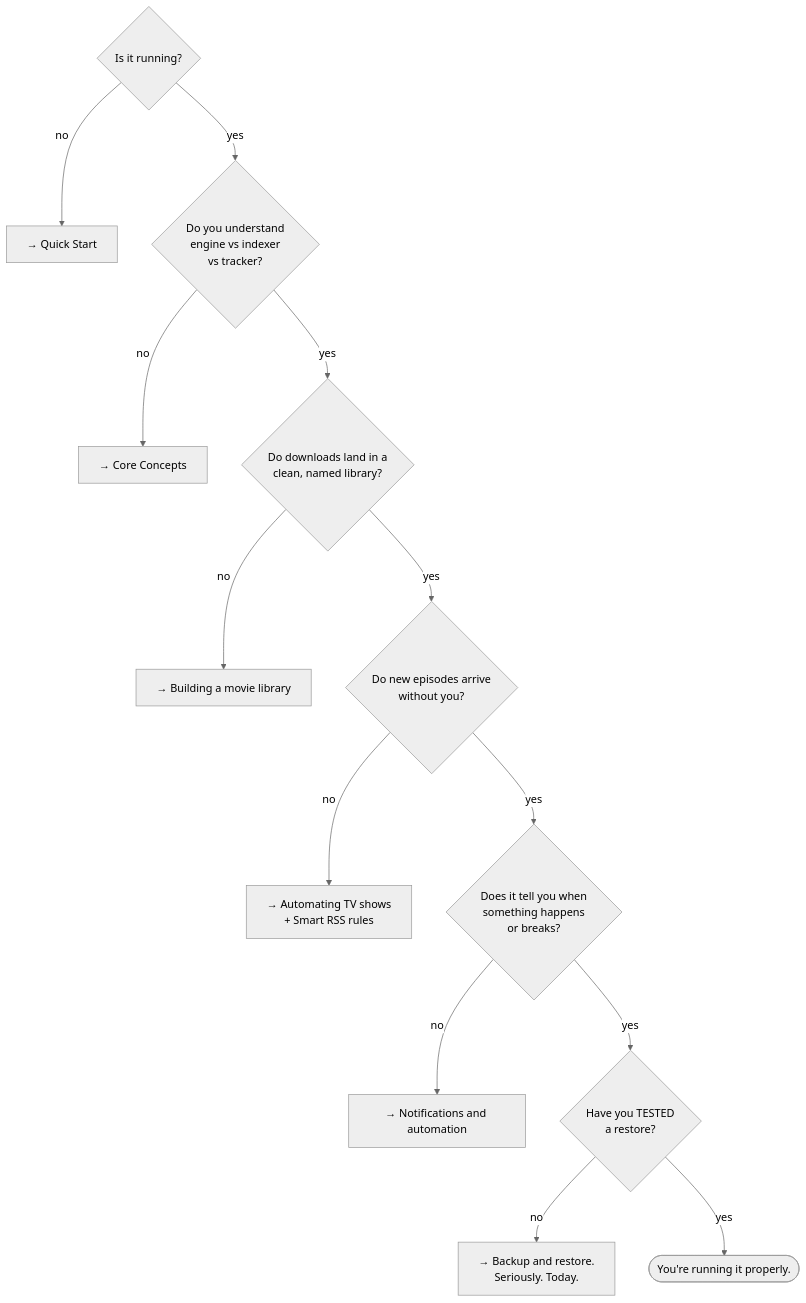
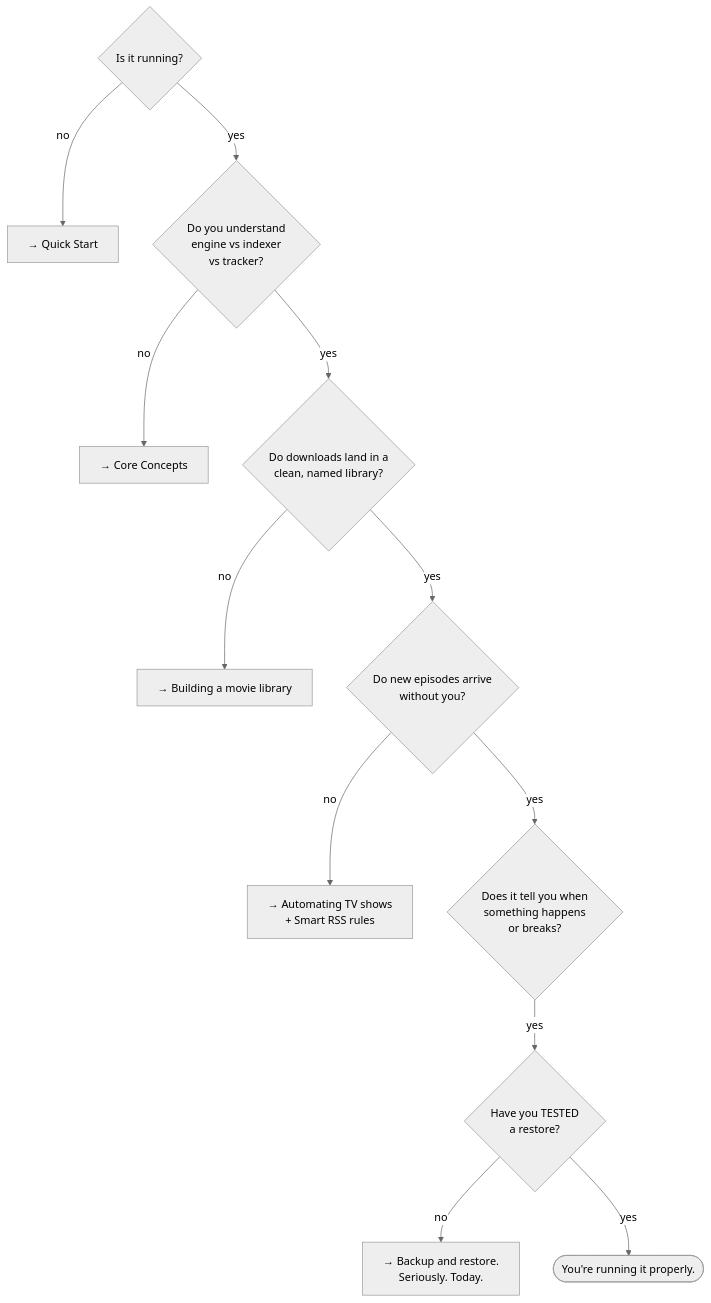
The second of 2 diagrams in website/docs/learn/tutorials/index.md (damirabal/ultratorrent-core), drawn with Mermaid (neutral theme) before and after one commit. The commit also changed other lines of this file and 55 other files, not shown here.

````diff
--- a/website/docs/learn/tutorials/index.md
+++ b/website/docs/learn/tutorials/index.md
@@ -154,16 +152,15 @@
 ```mermaid
 flowchart TB
   Q1{"Is it running?"}
   Q1 -->|no| P1["→ Quick Start"]
   Q1 -->|yes| Q2{"Do you understand<br/>engine vs indexer<br/>vs tracker?"}
   Q2 -->|no| P2["→ Core Concepts"]
   Q2 -->|yes| Q3{"Do downloads land in a<br/>clean, named library?"}
   Q3 -->|no| P3["→ Building a movie library"]
   Q3 -->|yes| Q4{"Do new episodes arrive<br/>without you?"}
   Q4 -->|no| P4["→ Automating TV shows<br/>+ Smart RSS rules"]
   Q4 -->|yes| Q5{"Does it tell you when<br/>something happens<br/>or breaks?"}
-  Q5 -->|no| P5["→ Notifications and automation"]
   Q5 -->|yes| Q6{"Have you TESTED<br/>a restore?"}
   Q6 -->|no| P6["→ Backup and restore.<br/>Seriously. Today."]
   Q6 -->|yes| DONE(["You're running it properly."])
 ```
````
